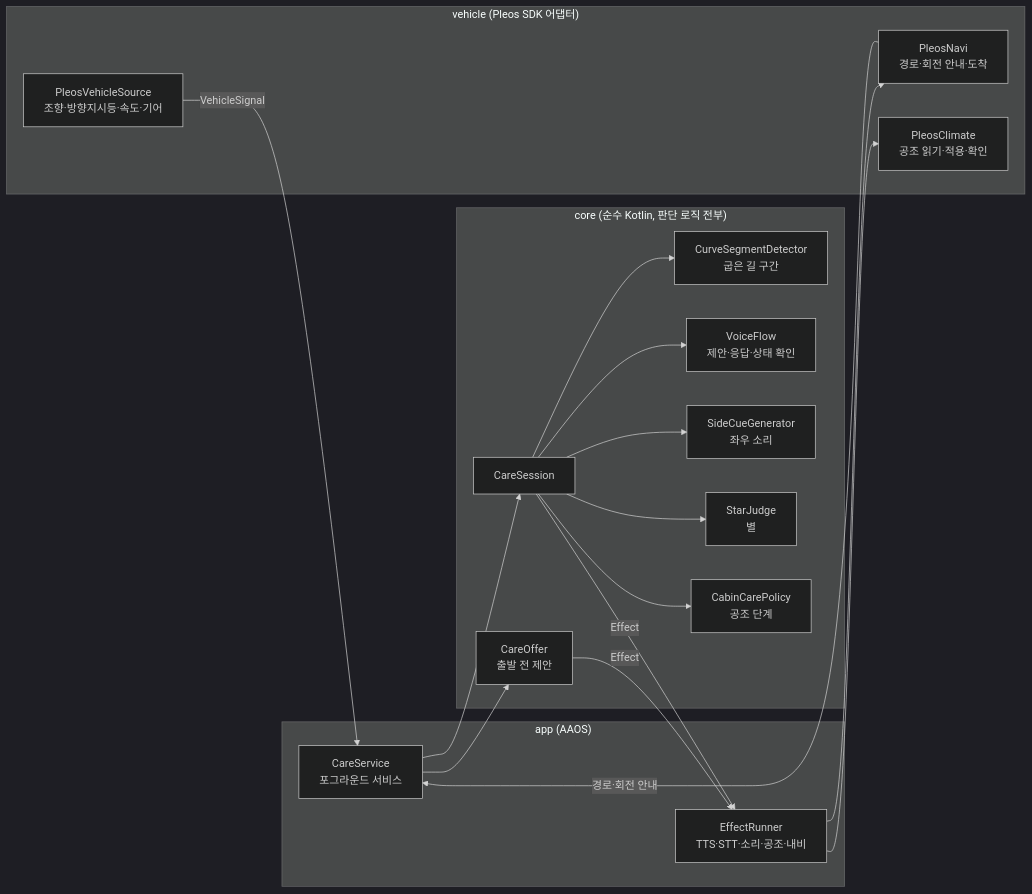
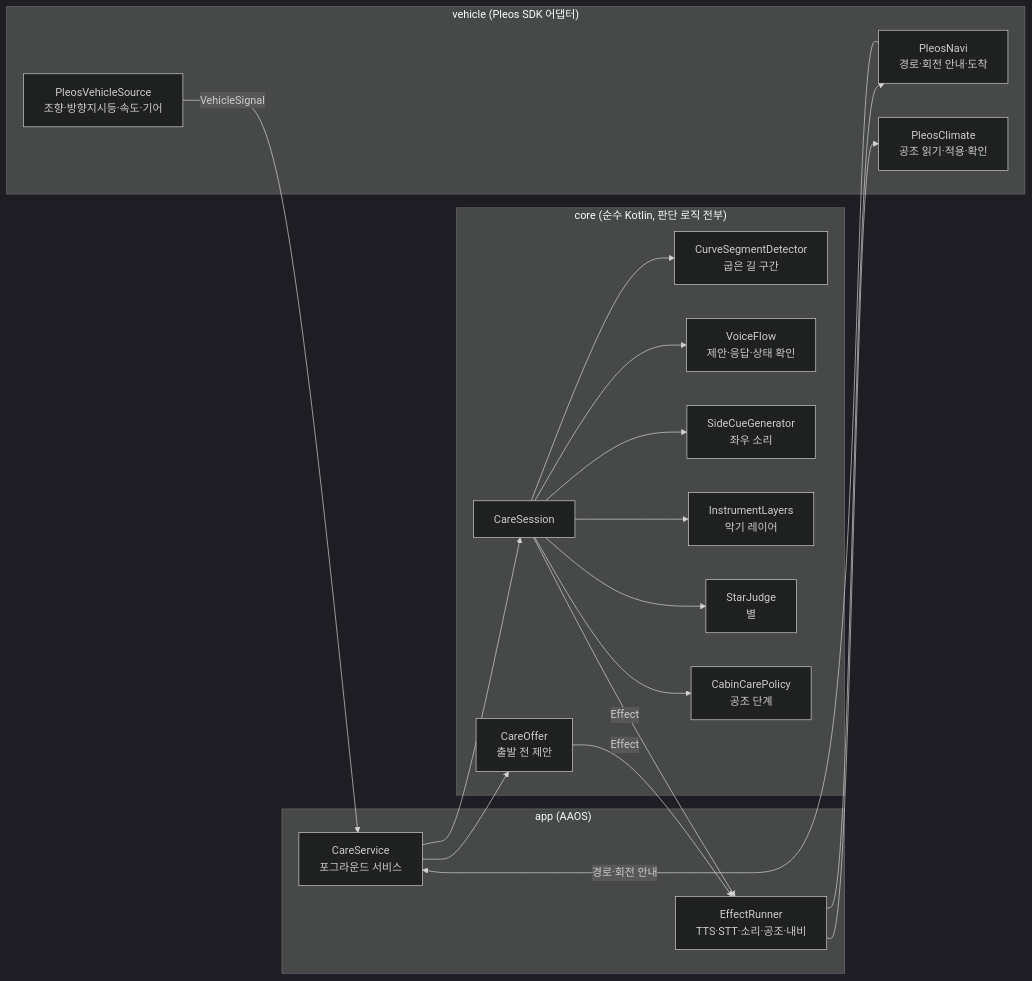
One commit to letsgojh/mulmi-care changed the diagram in README.md. Above: the diagram before and after it, drawn with Mermaid (dark theme). The commit also changed other lines of this file, not shown here.

Commit message:
README: 쉼터 예시 거리, 구조도에 악기 레이어, 저장 항목 설명 바로잡음

````diff
--- a/README.md
+++ b/README.md
@@ -105,29 +105,30 @@
 ```mermaid
 flowchart LR
   subgraph vehicle["vehicle (Pleos SDK 어댑터)"]
     V[PleosVehicleSource<br/>조향·방향지시등·속도·기어]
     N[PleosNavi<br/>경로·회전 안내·도착]
     C[PleosClimate<br/>공조 읽기·적용·확인]
   end
   subgraph core["core (순수 Kotlin, 판단 로직 전부)"]
     O[CareOffer<br/>출발 전 제안]
     S[CareSession]
     S --> D[CurveSegmentDetector<br/>굽은 길 구간]
     S --> VF[VoiceFlow<br/>제안·응답·상태 확인]
     S --> SC[SideCueGenerator<br/>좌우 소리]
+    S --> IL[InstrumentLayers<br/>악기 레이어]
     S --> SJ[StarJudge<br/>별]
     S --> CP[CabinCarePolicy<br/>공조 단계]
   end
   subgraph app["app (AAOS)"]
     SV[CareService<br/>포그라운드 서비스]
     ER[EffectRunner<br/>TTS·STT·소리·공조·내비]
   end
   V -- VehicleSignal --> SV
   N -- 경로·회전 안내 --> SV
   SV --> O
   SV --> S
   O -- Effect --> ER
   S -- Effect --> ER
   ER --> C
   ER --> N
 ```
````
